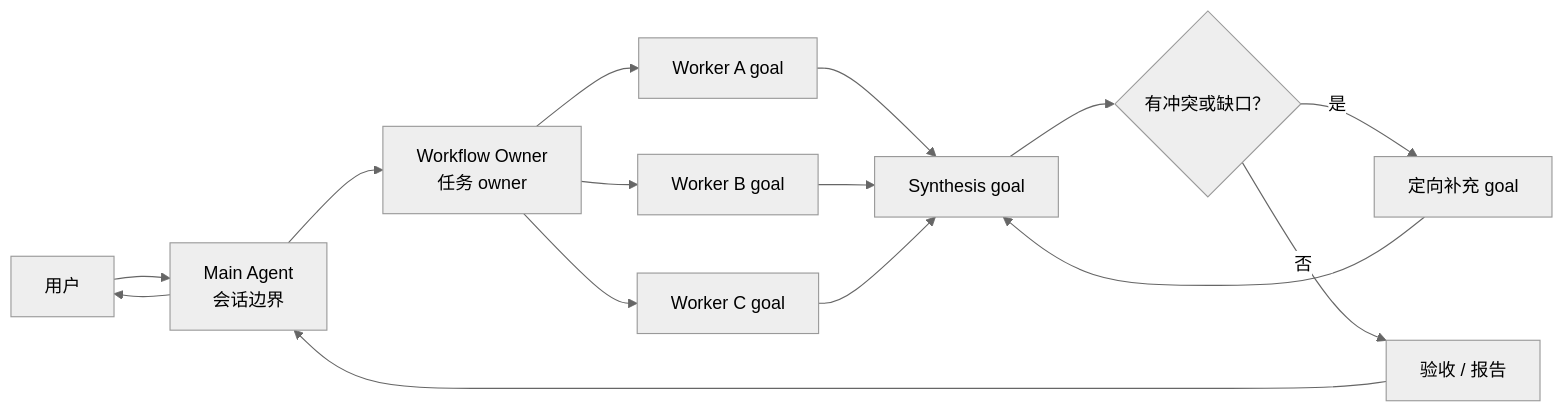
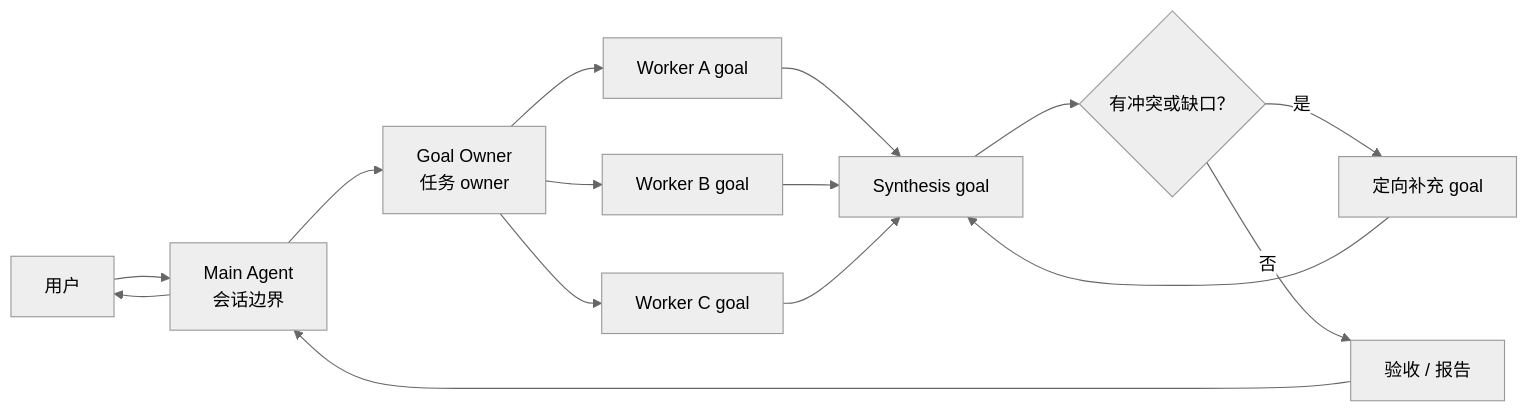
Before and after one commit to patrick-fu/parallel-goal-workflows: the second of 3 diagrams in README.zh-CN.md, drawn with Mermaid (neutral theme). The commit also changed other lines of this file and 7 other files, not shown here.

````diff
--- a/README.zh-CN.md
+++ b/README.zh-CN.md
@@ -104,17 +104,17 @@
 ```mermaid
 flowchart LR
   User["用户"] --> Main["Main Agent<br/>会话边界"]
-  Main --> Owner["Workflow Owner<br/>任务 owner"]
+  Main --> Owner["Goal Owner<br/>任务 owner"]
   Owner --> A["Worker A goal"]
   Owner --> B["Worker B goal"]
   Owner --> C["Worker C goal"]
   A --> S["Synthesis goal"]
   B --> S
   C --> S
   S --> Decision{"有冲突或缺口？"}
   Decision -- "是" --> Followup["定向补充 goal"]
   Followup --> S
   Decision -- "否" --> Acceptance["验收 / 报告"]
   Acceptance --> Main
   Main --> User
 ```
````
